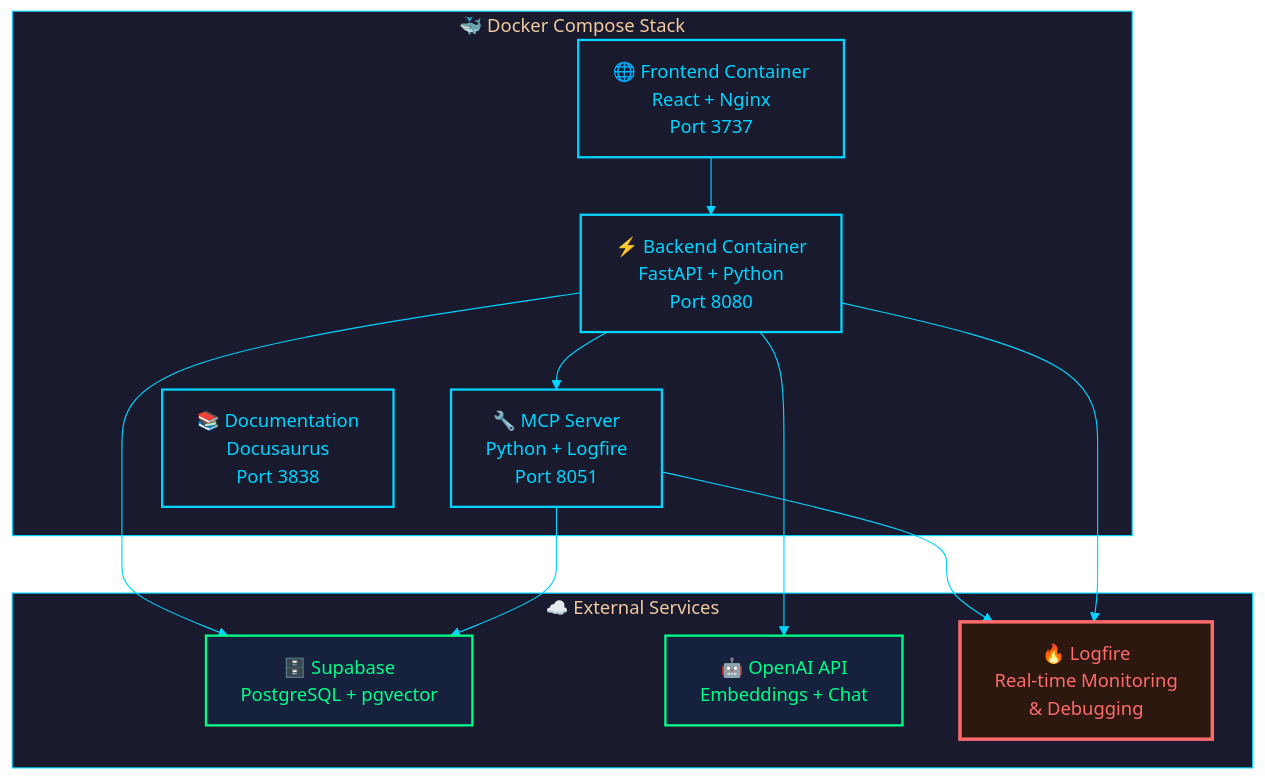
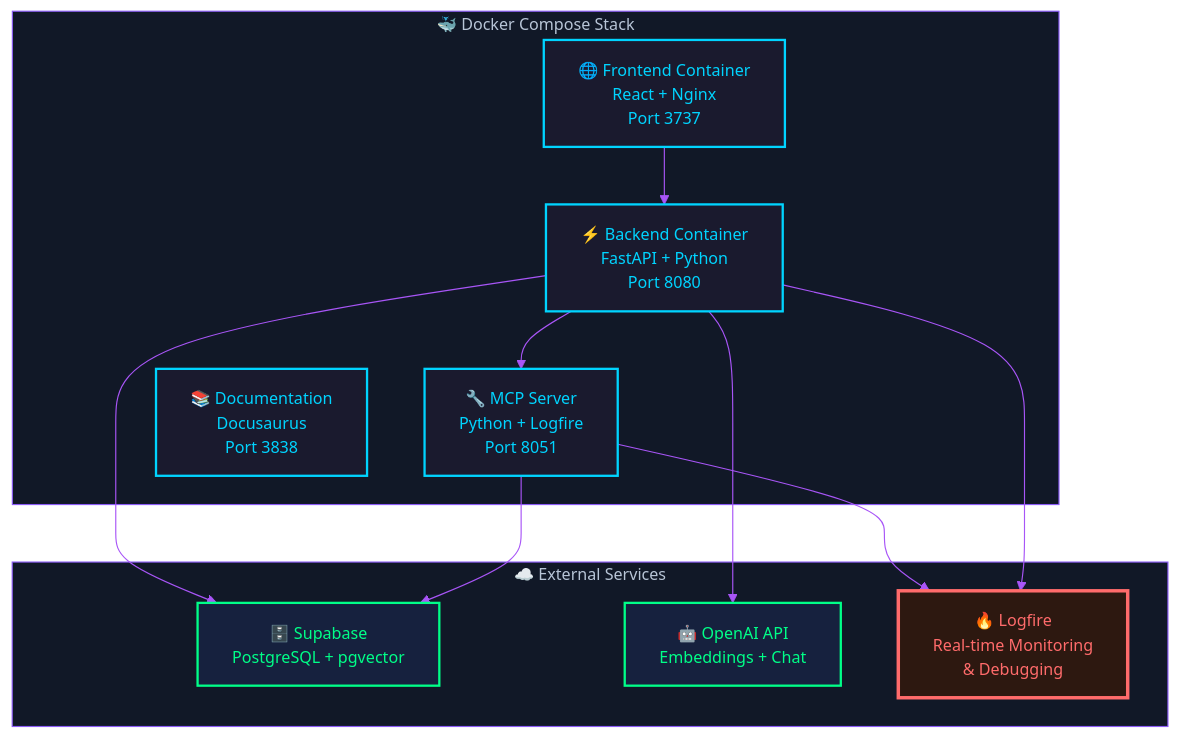
The diagram in docs/docs/deployment.mdx (tarsonis125/mcp-crawl4ai-rag-ChromaDB-V1), drawn with Mermaid before and after one commit. The commit also changed 18 other files, not shown here.

````diff
--- a/docs/docs/deployment.mdx
+++ b/docs/docs/deployment.mdx
@@ -24,48 +24,49 @@
 ```mermaid
----
-config:
-  theme: 'base'
-  themeVariables:
-    primaryColor: '#1a1a2e'
-    primaryTextColor: '#00d4ff'
-    primaryBorderColor: '#00d4ff'
-    lineColor: '#00d4ff'
-    secondaryColor: '#16213e'
-    tertiaryColor: '#0f3460'
-    background: '#0a0a1a'
-    mainBkg: '#1a1a2e'
-    secondBkg: '#16213e'
-    textColor: '#ffffff'
-    clusterBkg: '#1a1a2e'
-    clusterBorder: '#00d4ff'
----
+%%{init:{
+  'theme':'base',
+  'themeVariables': {
+    'primaryColor':'#1f2937',
+    'primaryTextColor':'#ffffff',
+    'primaryBorderColor':'#8b5cf6',
+    'lineColor':'#a855f7',
+    'textColor':'#ffffff',
+    'fontFamily':'Inter',
+    'fontSize':'14px',
+    'background':'#000000',
+    'mainBkg':'#1f2937',
+    'secondBkg':'#111827',
+    'borderColor':'#8b5cf6',
+    'clusterBkg':'#111827',
+    'clusterBorder':'#8b5cf6'
+  }
+}}%%
 graph TB
     subgraph "🐳 Docker Compose Stack"
         Frontend["🌐 Frontend Container<br/>React + Nginx<br/>Port 3737"]
         Backend["⚡ Backend Container<br/>FastAPI + Python<br/>Port 8080"]
         MCPServer["🔧 MCP Server<br/>Python + Logfire<br/>Port 8051"]
         Docs["📚 Documentation<br/>Docusaurus<br/>Port 3838"]
     end
 
     subgraph "☁️ External Services"
         Supabase["🗄️ Supabase<br/>PostgreSQL + pgvector"]
         OpenAI["🤖 OpenAI API<br/>Embeddings + Chat"]
         Logfire["🔥 Logfire<br/>Real-time Monitoring<br/>& Debugging"]
     end
 
     Frontend --> Backend
     Backend --> MCPServer
     Backend --> Supabase
     Backend --> OpenAI
     MCPServer --> Logfire
     Backend --> Logfire
     MCPServer --> Supabase
 
     classDef neonCore fill:#1a1a2e,stroke:#00d4ff,stroke-width:2px,color:#00d4ff
     classDef neonExternal fill:#16213e,stroke:#00ff88,stroke-width:2px,color:#00ff88
     classDef neonCritical fill:#2d1810,stroke:#ff6b6b,stroke-width:3px,color:#ff6b6b
     
     class Frontend,Backend,MCPServer,Docs neonCore
     class Supabase,OpenAI neonExternal
     class Logfire neonCritical
 ```
````
